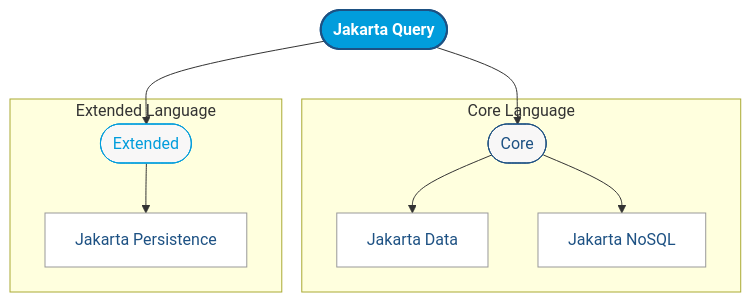
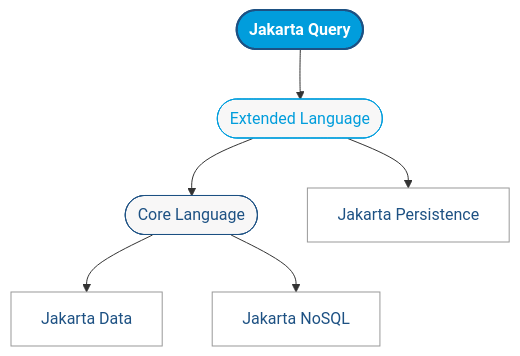
The second of 3 diagrams in README.md (jakartaee/query), drawn with Mermaid before and after one commit.

Commit message:
docs: update mermaid diagram for Jakarta Query to improve clarity and structure

````diff
--- a/README.md
+++ b/README.md
@@ -31,23 +31,19 @@
 ```mermaid
 graph TB
-  JQ([Jakarta Query]):::main
+    JQ([Jakarta Query]):::main
 
-  subgraph Core_Language["Core Language"]
-    Core([Core]):::core
+    Core([Core Language]):::core
+    Ext([Extended Language]):::ext
+
     Core --> JD[Jakarta Data]:::spec
     Core --> JN[Jakarta NoSQL]:::spec
-  end
+    Ext --> JP[Jakarta Persistence]:::spec
 
-  subgraph Extended_Language["Extended Language"]
-    Ext([Extended]):::ext
-    Ext --> JP[Jakarta Persistence]:::spec
-  end
+    JQ --> Ext
+    Ext --> Core
 
-  JQ --> Core
-  JQ --> Ext
-
-  classDef main fill:#019DDC,stroke:#1D5183,stroke-width:2px,color:#fff,font-weight:bold
-  classDef core fill:#F8F7F7,stroke:#1D5183,stroke-width:1px,color:#1D5183
-  classDef ext fill:#F8F7F7,stroke:#019DDC,stroke-width:1px,color:#019DDC
-  classDef spec fill:#ffffff,stroke:#999,stroke-width:1px,color:#1D5183
+    classDef main fill:#019DDC,stroke:#1D5183,stroke-width:2px,color:#fff,font-weight:bold
+    classDef core fill:#F8F7F7,stroke:#1D5183,stroke-width:1px,color:#1D5183
+    classDef ext fill:#F8F7F7,stroke:#019DDC,stroke-width:1px,color:#019DDC
+    classDef spec fill:#ffffff,stroke:#999,stroke-width:1px,color:#1D5183
 ```
````
